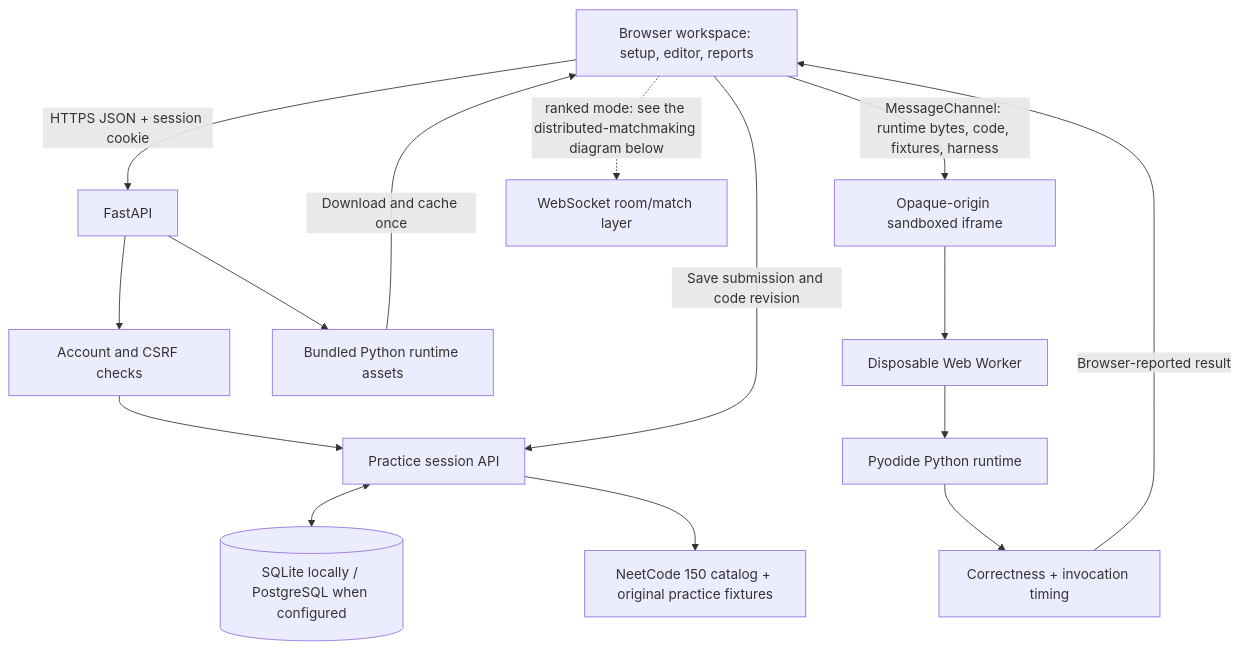
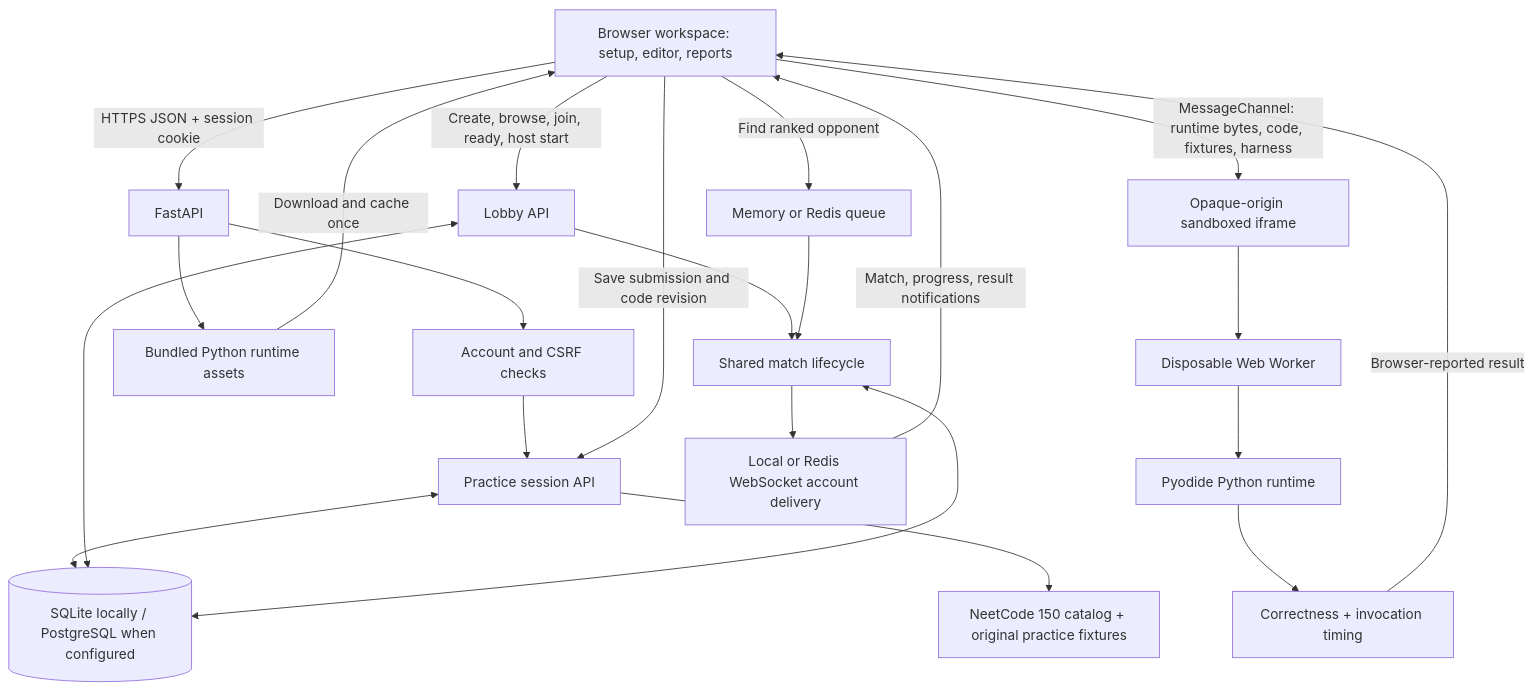
The first of 3 diagrams in docs/architecture.md (tylerkngyn/pair), drawn with Mermaid before and after one commit. The commit also changed other lines of this file and 24 other files, not shown here.

````diff
--- a/docs/architecture.md
+++ b/docs/architecture.md
@@ -15,17 +15,24 @@
 ```mermaid
 flowchart TB
     U[Browser workspace: setup, editor, reports] -->|HTTPS JSON + session cookie| F[FastAPI]
     F --> A[Account and CSRF checks]
     A --> S[Practice session API]
     S <--> D[(SQLite locally / PostgreSQL when configured)]
     S --> C[NeetCode 150 catalog + original practice fixtures]
     F --> R[Bundled Python runtime assets]
     R -->|Download and cache once| U
     U -->|MessageChannel: runtime bytes, code, fixtures, harness| I[Opaque-origin sandboxed iframe]
     I --> W[Disposable Web Worker]
     W --> P[Pyodide Python runtime]
     P --> T[Correctness + invocation timing]
     T -->|Browser-reported result| U
     U -->|Save submission and code revision| S
-    U -. ranked mode: see the distributed-matchmaking diagram below .-> WS[WebSocket room/match layer]
+    U -->|Create, browse, join, ready, host start| L[Lobby API]
+    L <--> D
+    L --> M[Shared match lifecycle]
+    U -->|Find ranked opponent| Q[Memory or Redis queue]
+    Q --> M
+    M <--> D
+    M --> WS[Local or Redis WebSocket account delivery]
+    WS -->|Match, progress, result notifications| U
 ```
````
